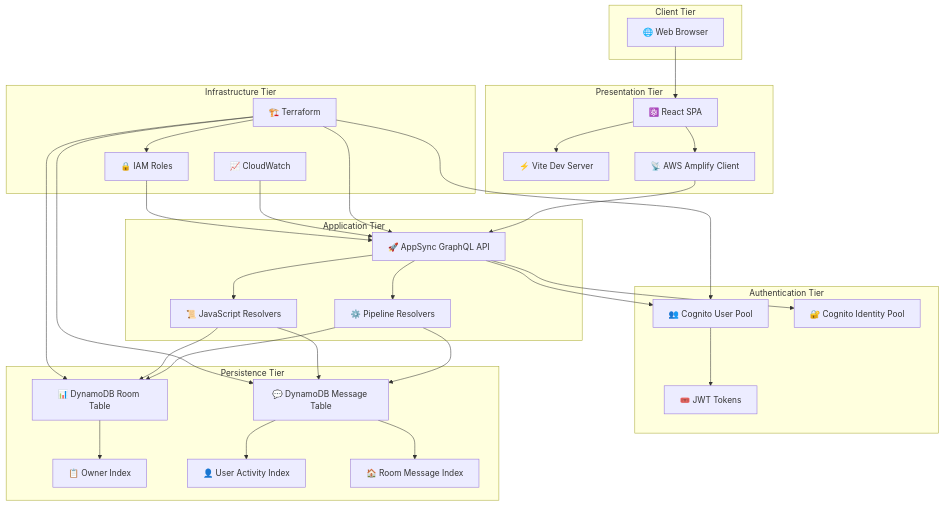
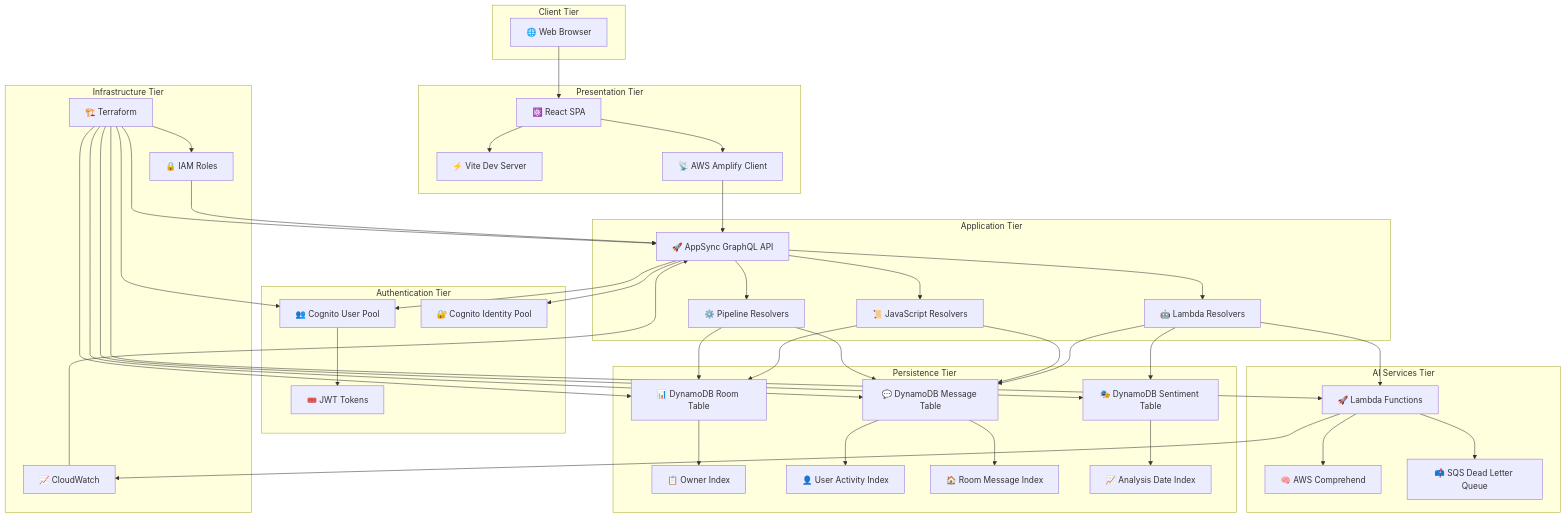
Before and after one commit to keitti73/chat_app_by_ai: the first of 4 diagrams in doc/architecture/overview.md, drawn with Mermaid. The commit also changed other lines of this file and 14 other files, not shown here.

First line of the commit message:
feat(lambda): Implement advanced sentiment analysis resolver with AWS Comprehend integration

````diff
--- a/doc/architecture/overview.md
+++ b/doc/architecture/overview.md
@@ -41,63 +42,82 @@
 ```mermaid
 flowchart TB
     subgraph Client["Client Tier"]
         Browser["🌐 Web Browser"]
     end
     
     subgraph Presentation["Presentation Tier"]
         ReactApp["⚛️ React SPA"]
         Vite["⚡ Vite Dev Server"]
         Amplify["📡 AWS Amplify Client"]
     end
     
     subgraph Application["Application Tier"]
         AppSync["🚀 AppSync GraphQL API"]
         Pipeline["⚙️ Pipeline Resolvers"]
         JSResolvers["📜 JavaScript Resolvers"]
+        LambdaResolvers["🤖 Lambda Resolvers"]
+    end
+    
+    subgraph AIServices["AI Services Tier"]
+        Lambda["🚀 Lambda Functions"]
+        Comprehend["🧠 AWS Comprehend"]
+        SQS["📫 SQS Dead Letter Queue"]
     end
     
     subgraph Authentication["Authentication Tier"]
         UserPool["👥 Cognito User Pool"]
         IdentityPool["🔐 Cognito Identity Pool"]
         JWT["🎟️ JWT Tokens"]
     end
     
     subgraph Persistence["Persistence Tier"]
         DynamoRooms["📊 DynamoDB Room Table"]
         DynamoMessages["💬 DynamoDB Message Table"]
+        DynamoSentiment["🎭 DynamoDB Sentiment Table"]
         GSIOwner["📋 Owner Index"]
         GSIUser["👤 User Activity Index"]
         GSIRoom["🏠 Room Message Index"]
+        GSIAnalysis["📈 Analysis Date Index"]
     end
     
     subgraph Infrastructure["Infrastructure Tier"]
         Terraform["🏗️ Terraform"]
         CloudWatch["📈 CloudWatch"]
         IAMRoles["🔒 IAM Roles"]
     end
     
     %% Connection flows
     Browser --> ReactApp
     ReactApp --> Amplify
     ReactApp --> Vite
     Amplify --> AppSync
     AppSync --> UserPool
     AppSync --> IdentityPool
     UserPool --> JWT
     AppSync --> Pipeline
     AppSync --> JSResolvers
+    AppSync --> LambdaResolvers
+    LambdaResolvers --> Lambda
+    Lambda --> Comprehend
+    Lambda --> SQS
     Pipeline --> DynamoRooms
     Pipeline --> DynamoMessages
     JSResolvers --> DynamoRooms
     JSResolvers --> DynamoMessages
+    LambdaResolvers --> DynamoSentiment
+    LambdaResolvers --> DynamoMessages
     DynamoRooms --> GSIOwner
     DynamoMessages --> GSIUser
     DynamoMessages --> GSIRoom
+    DynamoSentiment --> GSIAnalysis
     Terraform --> AppSync
     Terraform --> DynamoRooms
     Terraform --> DynamoMessages
+    Terraform --> DynamoSentiment
+    Terraform --> Lambda
     Terraform --> UserPool
     Terraform --> IAMRoles
+    Lambda --> CloudWatch
     CloudWatch --> AppSync
     IAMRoles --> AppSync
 ```
````
